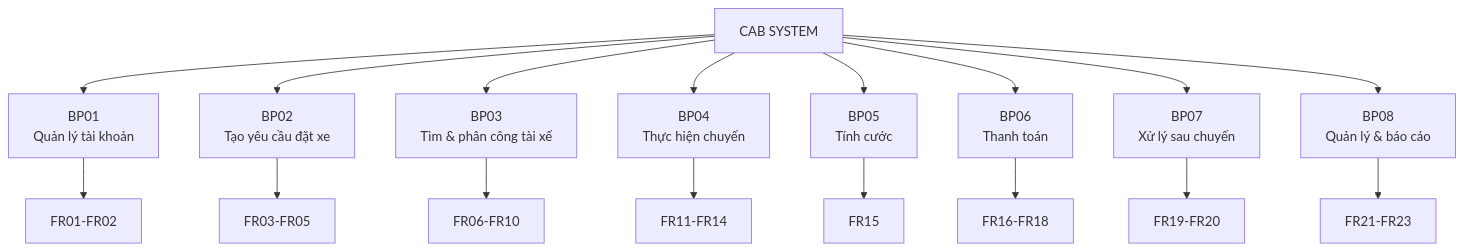
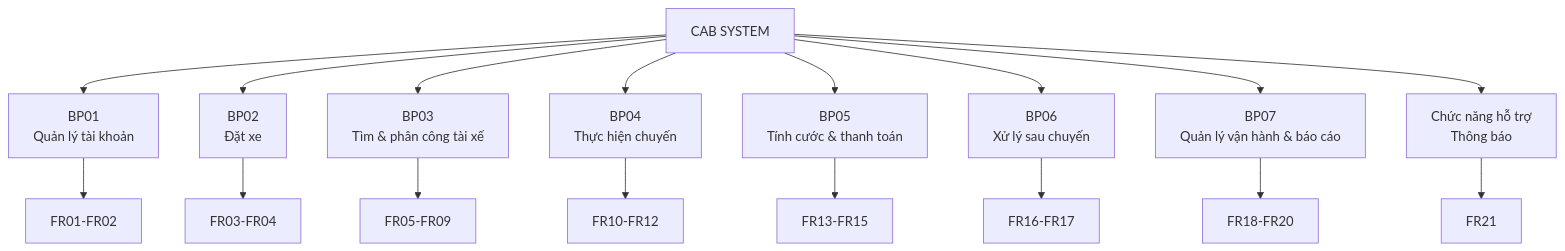
One commit to Vy161105/23682161_NguyenNgocYenVy_cabsystem changed the seventh of 10 diagrams in srs.md. Above: the diagram before and after it, drawn with Mermaid. The commit also changed other lines of this file, not shown here.

````diff
--- a/srs.md
+++ b/srs.md
@@ -401,22 +553,22 @@
 ```mermaid
 flowchart TD
     A[CAB SYSTEM]
 
     A --> B[BP01<br/>Quản lý tài khoản]
-    A --> C[BP02<br/>Tạo yêu cầu đặt xe]
+    A --> C[BP02<br/>Đặt xe]
     A --> D[BP03<br/>Tìm & phân công tài xế]
     A --> E[BP04<br/>Thực hiện chuyến]
-    A --> F[BP05<br/>Tính cước]
-    A --> G[BP06<br/>Thanh toán]
-    A --> H[BP07<br/>Xử lý sau chuyến]
-    A --> I[BP08<br/>Quản lý & báo cáo]
+    A --> F[BP05<br/>Tính cước & thanh toán]
+    A --> G[BP06<br/>Xử lý sau chuyến]
+    A --> H[BP07<br/>Quản lý vận hành & báo cáo]
+    A --> I[Chức năng hỗ trợ<br/>Thông báo]
 
     B --> B1[FR01-FR02]
-    C --> C1[FR03-FR05]
-    D --> D1[FR06-FR10]
-    E --> E1[FR11-FR14]
-    F --> F1[FR15]
-    G --> G1[FR16-FR18]
-    H --> H1[FR19-FR20]
-    I --> I1[FR21-FR23]
+    C --> C1[FR03-FR04]
+    D --> D1[FR05-FR09]
+    E --> E1[FR10-FR12]
+    F --> F1[FR13-FR15]
+    G --> G1[FR16-FR17]
+    H --> H1[FR18-FR20]
+    I --> I1[FR21]
 ```
````
